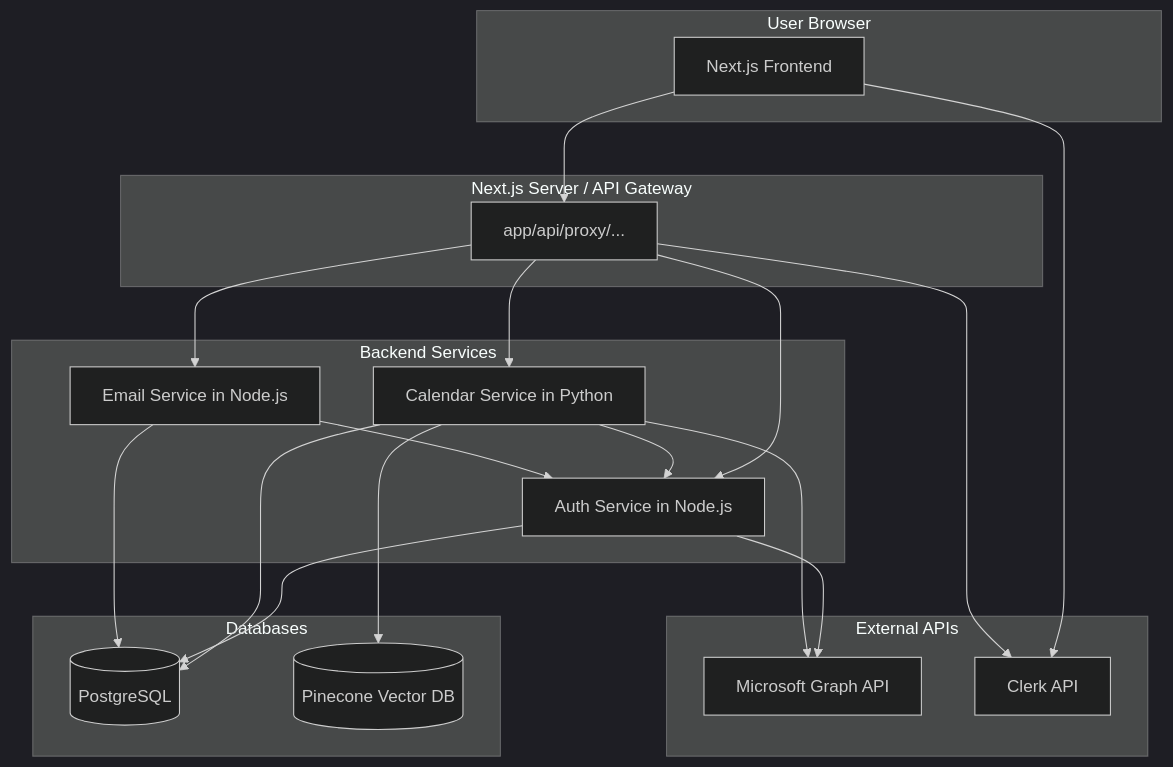
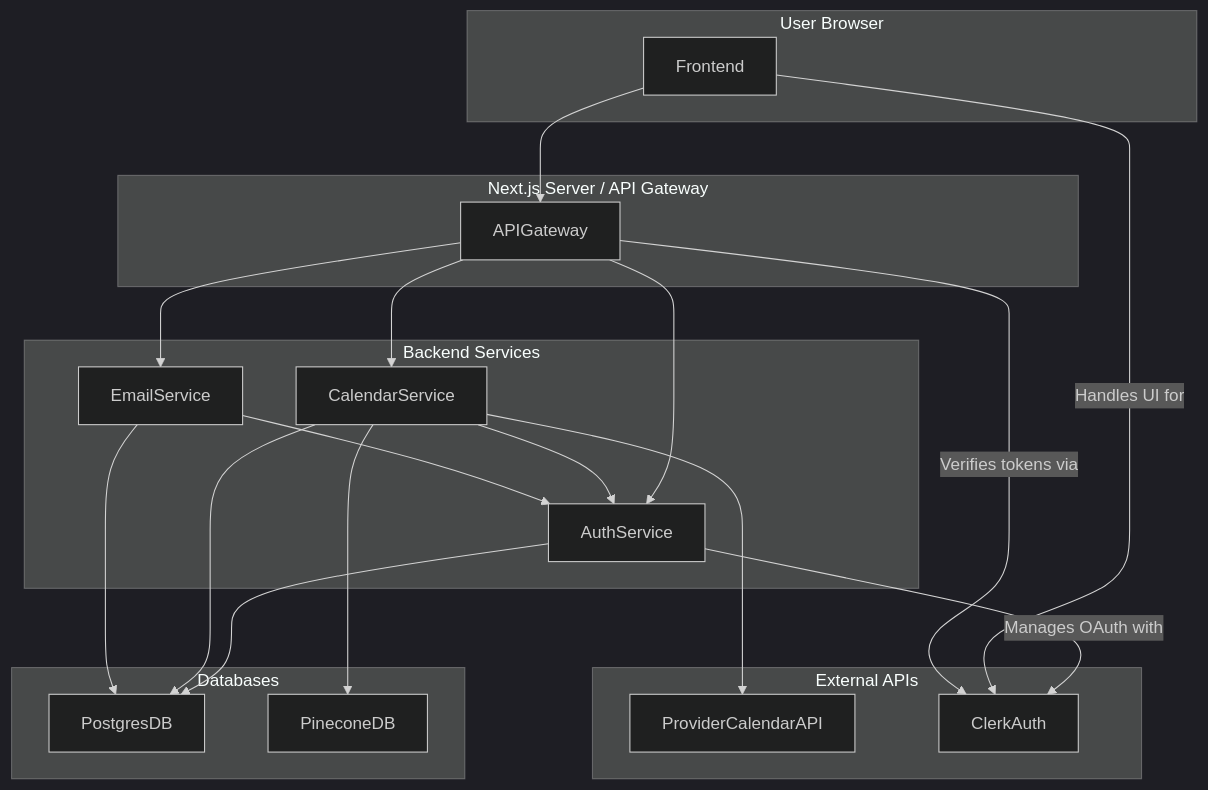
The diagram in documentation/service-communication-architecture.md (yeagerd/adminee), drawn with Mermaid (dark theme) before and after one commit. The commit also changed other lines of this file and 12 other files, not shown here.

Commit message:
1.9, 3.1, 3.2 Calendar service abstraction

````diff
--- a/documentation/service-communication-architecture.md
+++ b/documentation/service-communication-architecture.md
@@ -59,46 +59,45 @@
 ```mermaid
 flowchart TD
     subgraph User Browser
-        Frontend[Next.js Frontend]
+        Frontend
     end
 
     subgraph Next.js Server / API Gateway
-        APIGateway[app/api/proxy/...]
+        APIGateway
     end
 
     subgraph Backend Services
-        AuthService[Auth Service in Node.js]
-        CalendarService[Calendar Service in Python]
-        EmailService[Email Service in Node.js]
+        AuthService
+        CalendarService
+        EmailService
     end
 
     subgraph Databases
-        PostgresDB[(PostgreSQL)]
-        PineconeDB[(Pinecone Vector DB)]
+        PostgresDB
+        PineconeDB
     end
 
     subgraph External APIs
-        MSGraph[Microsoft Graph API]
-        ClerkAuth[Clerk API]
+        ProviderCalendarAPI
+        ClerkAuth
     end
 
     Frontend --> APIGateway
     APIGateway --> AuthService
     APIGateway --> CalendarService
     APIGateway --> EmailService
 
     CalendarService --> AuthService
     EmailService --> AuthService
 
     AuthService --> PostgresDB
     CalendarService --> PostgresDB
     EmailService --> PostgresDB
     
     CalendarService --> PineconeDB
     
-    AuthService --> MSGraph
-    CalendarService --> MSGraph
-
-    Frontend --> ClerkAuth
-    APIGateway --> ClerkAuth
+    CalendarService --> ProviderCalendarAPI
+    AuthService -- "Manages OAuth with" --> ClerkAuth
+    Frontend -- "Handles UI for" --> ClerkAuth
+    APIGateway -- "Verifies tokens via" --> ClerkAuth
 ``` 
````
